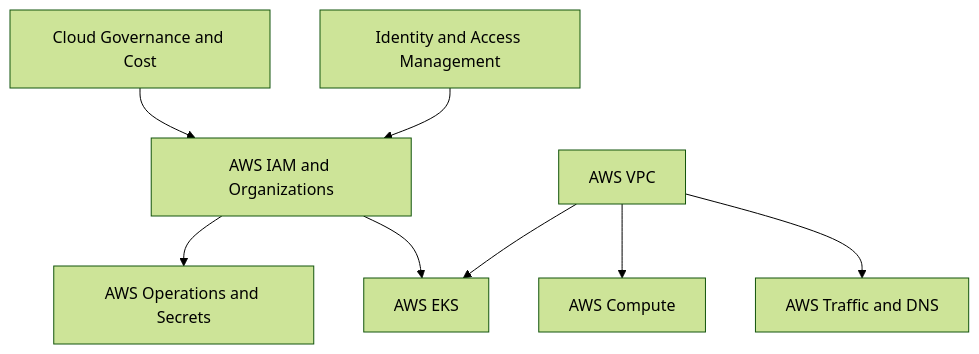
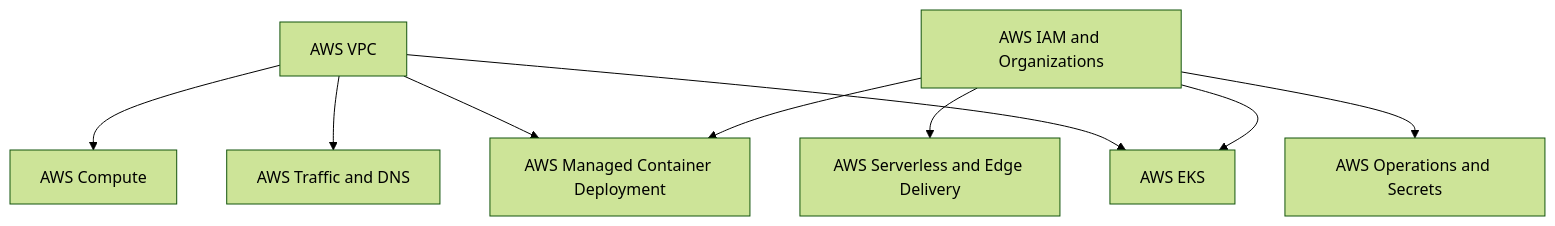
One commit to ro121/start-here changed the diagram in 11-aws/README.md. Above: the diagram before and after it, drawn with Mermaid (forest theme). The commit also changed other lines of this file and 31 other files, not shown here.

Commit message:
Integrate six roadmap.sh references and fill curriculum gaps

````diff
--- a/11-aws/README.md
+++ b/11-aws/README.md
@@ -108,18 +132,19 @@
 ```mermaid
 flowchart TD
     n0["AWS VPC"]
     n1["AWS Compute"]
     n2["AWS Traffic and DNS"]
     n3["AWS IAM and Organizations"]
-    n4["AWS Operations and Secrets"]
-    n5["AWS EKS"]
-    n6["Cloud Governance and Cost"]
-    n7["Identity and Access Management"]
+    n4["AWS Managed Container Deployment"]
+    n5["AWS Serverless and Edge Delivery"]
+    n6["AWS Operations and Secrets"]
+    n7["AWS EKS"]
     n0 --> n1
     n0 --> n2
     n3 --> n4
+    n0 --> n4
     n3 --> n5
-    n0 --> n5
-    n6 --> n3
-    n7 --> n3
+    n3 --> n6
+    n3 --> n7
+    n0 --> n7
 ```
````
